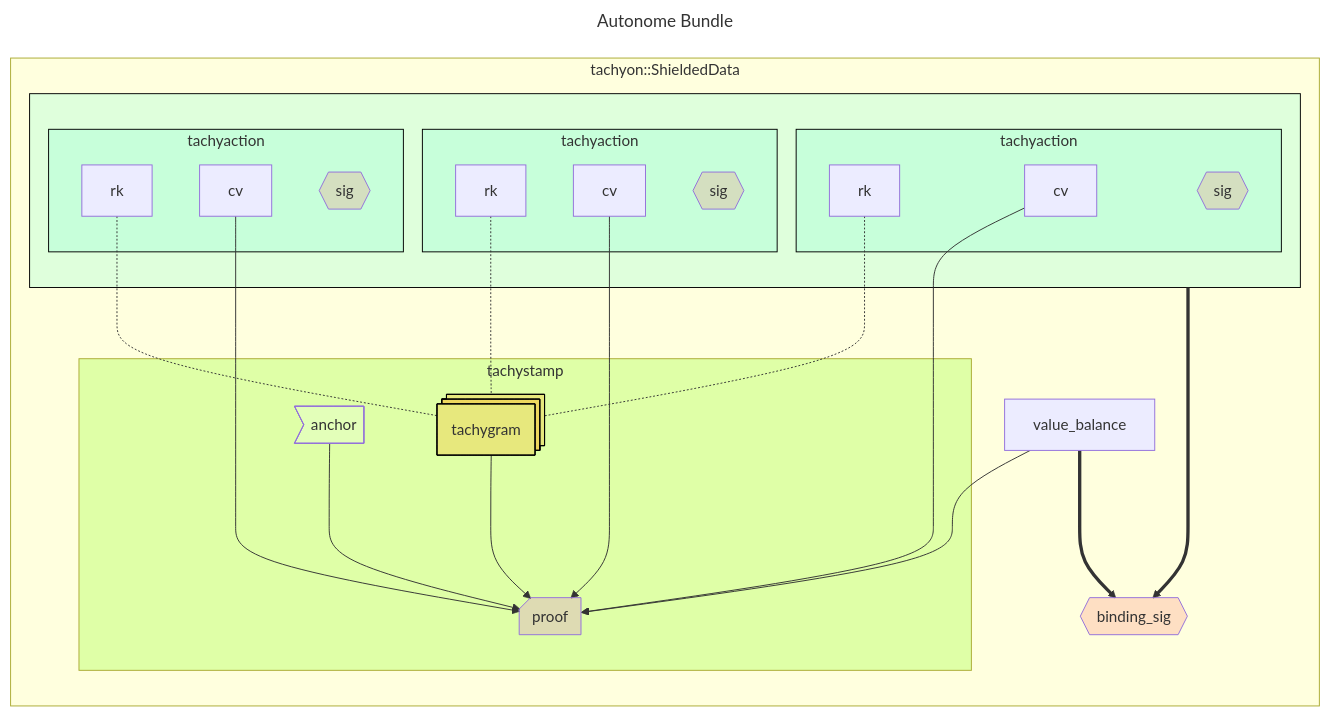
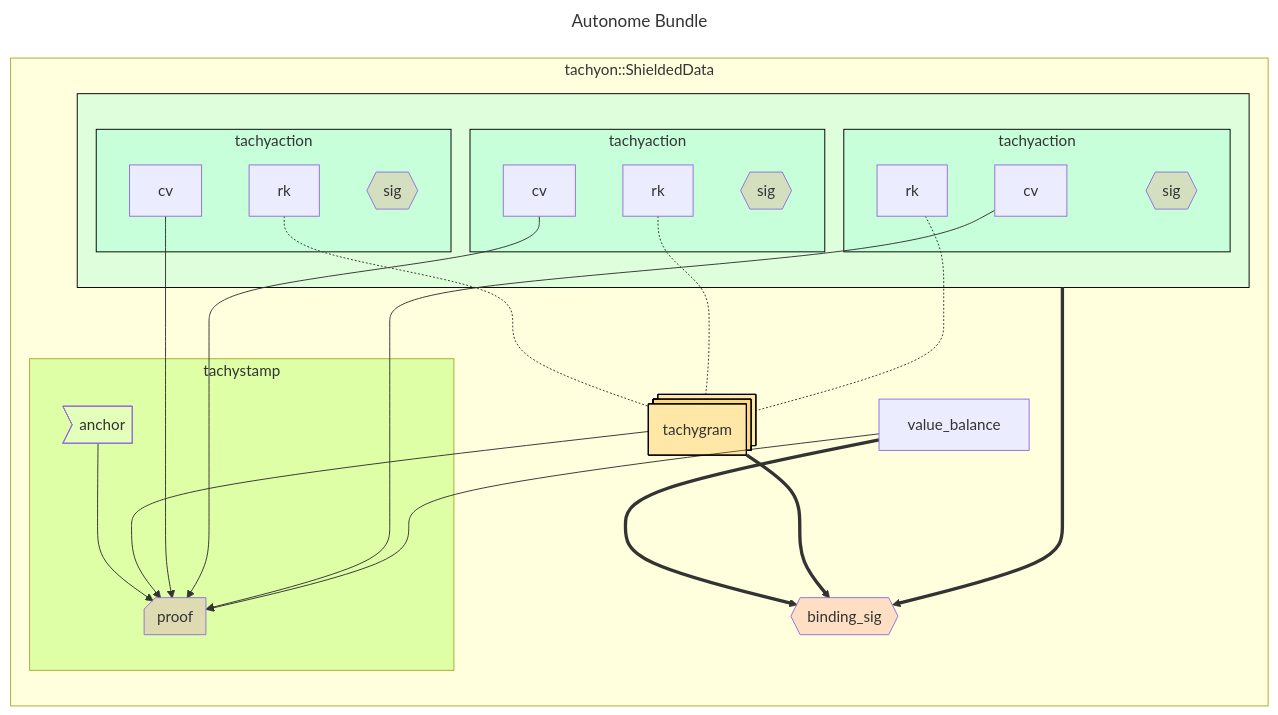
One commit to tachyon-zcash/tachyon changed the diagram in book/src/bundle.md. Above: the diagram before and after it, drawn with Mermaid. The commit also changed other lines of this file and 5 other files, not shown here.

````diff
--- a/book/src/bundle.md
+++ b/book/src/bundle.md
@@ -74,63 +77,65 @@
 ```mermaid
 ---
 title: Autonome Bundle
 ---
 flowchart LR
 classDef signature fill:#fa807240
 classDef optional fill:#d3d3d340,stroke-dasharray: 5 5
 
 style tachyaction1 fill:#7fffd440,stroke:black
 style tachyaction2 fill:#7fffd440,stroke:black
 style tachyaction3 fill:#7fffd440,stroke:black
 style tachyaction_vec fill:#7fffd440,stroke:black
 
 style tachygram_vec fill:#ffa50040,stroke:black
 style proof fill:#da70d640
 style anchor fill:#f0fff040
 
 style tachystamp fill:#7fff0040
 
 subgraph shielded_data["tachyon::ShieldedData"]
 
     subgraph tachyaction_vec[" "]
 
         subgraph tachyaction1["tachyaction"]
             cv1["cv"]
             rk1["rk"]
             sig1:::signature@{shape: hex, label: "sig"}
         end
 
        subgraph tachyaction2["tachyaction"]
             cv2["cv"]
             rk2["rk"]
             sig2:::signature@{shape: hex, label: "sig"}
         end
 
        subgraph tachyaction3["tachyaction"]
             cv3["cv"]
             rk3["rk"]
             sig3:::signature@{shape: hex, label: "sig"}
         end
     end
 
+    tachygram_vec@{shape: procs, label: "tachygram"}
+
     subgraph tachystamp
         anchor@{shape: odd}
         proof@{shape: notch-rect}
-        tachygram_vec@{shape: procs, label: "tachygram"}
 
         anchor ---> proof
-        tachygram_vec ---> proof
     end
 
+    tachygram_vec ---> proof
     rk1 & rk2 & rk3 -.- tachygram_vec
     cv1 & cv2 & cv3 ---> proof
 
     sig_binding:::signature@{shape: hex, label: "binding_sig"}
     v_balance["value_balance"]
 
     v_balance ---> proof
 
     v_balance ===> sig_binding
     tachyaction_vec ===> sig_binding
+    tachygram_vec ===> sig_binding
 end
 ```
````
